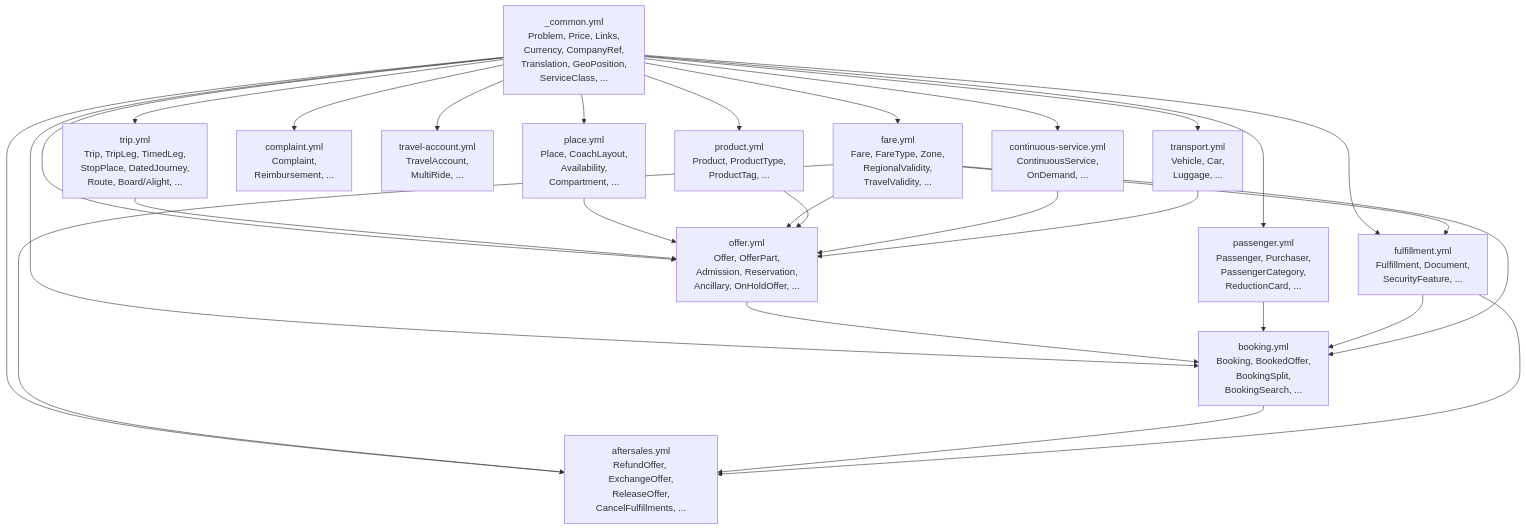
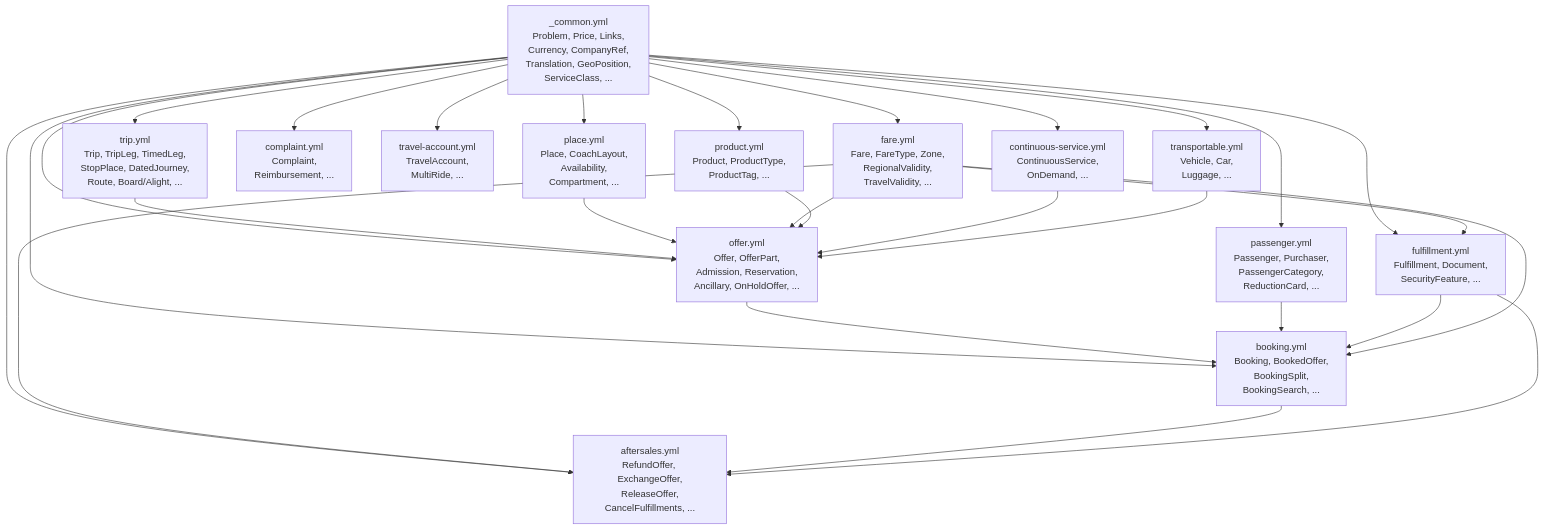
One commit to UnionInternationalCheminsdeFer/OSDM changed the third of 6 diagrams in specification/v3.9/modularization.md. Above: the diagram before and after it, drawn with Mermaid. The commit also changed other lines of this file and 6 other files, not shown here.

Commit message:
feat: modularize transport schemas and update references to transportable

````diff
--- a/specification/v3.9/modularization.md
+++ b/specification/v3.9/modularization.md
@@ -68,59 +68,59 @@
 ```mermaid
 graph TD
     COMMON["_common.yml<br/>Problem, Price, Links,<br/>Currency, CompanyRef,<br/>Translation, GeoPosition,<br/>ServiceClass, ..."]
 
     TRIP["trip.yml<br/>Trip, TripLeg, TimedLeg,<br/>StopPlace, DatedJourney,<br/>Route, Board/Alight, ..."]
 
     OFFER["offer.yml<br/>Offer, OfferPart,<br/>Admission, Reservation,<br/>Ancillary, OnHoldOffer, ..."]
 
     BOOKING["booking.yml<br/>Booking, BookedOffer,<br/>BookingSplit,<br/>BookingSearch, ..."]
 
     PASSENGER["passenger.yml<br/>Passenger, Purchaser,<br/>PassengerCategory,<br/>ReductionCard, ..."]
 
     FULFILLMENT["fulfillment.yml<br/>Fulfillment, Document,<br/>SecurityFeature, ..."]
 
     AFTERSALES["aftersales.yml<br/>RefundOffer, ExchangeOffer,<br/>ReleaseOffer,<br/>CancelFulfillments, ..."]
 
     PLACE["place.yml<br/>Place, CoachLayout,<br/>Availability,<br/>Compartment, ..."]
 
     PRODUCT["product.yml<br/>Product, ProductType,<br/>ProductTag, ..."]
 
     FARE["fare.yml<br/>Fare, FareType, Zone,<br/>RegionalValidity,<br/>TravelValidity, ..."]
 
     COMPLAINT["complaint.yml<br/>Complaint,<br/>Reimbursement, ..."]
 
     TRAVEL["travel-account.yml<br/>TravelAccount,<br/>MultiRide, ..."]
 
     CONT["continuous-service.yml<br/>ContinuousService,<br/>OnDemand, ..."]
 
-    TRANSPORT["transport.yml<br/>Vehicle, Car,<br/>Luggage, ..."]
+    TRANSPORT["transportable.yml<br/>Vehicle, Car,<br/>Luggage, ..."]
 
     COMMON --> TRIP
     COMMON --> OFFER
     COMMON --> BOOKING
     COMMON --> PASSENGER
     COMMON --> FULFILLMENT
     COMMON --> AFTERSALES
     COMMON --> PLACE
     COMMON --> PRODUCT
     COMMON --> FARE
     COMMON --> COMPLAINT
     COMMON --> TRAVEL
     COMMON --> CONT
     COMMON --> TRANSPORT
 
     TRIP --> OFFER
     OFFER --> BOOKING
     PASSENGER --> BOOKING
     FULFILLMENT --> BOOKING
     PLACE --> OFFER
     FARE --> OFFER
     FARE --> BOOKING
     FARE --> AFTERSALES
     FARE --> FULFILLMENT
     PRODUCT --> OFFER
     BOOKING --> AFTERSALES
     FULFILLMENT --> AFTERSALES
     CONT --> OFFER
     TRANSPORT --> OFFER
 ```
````
